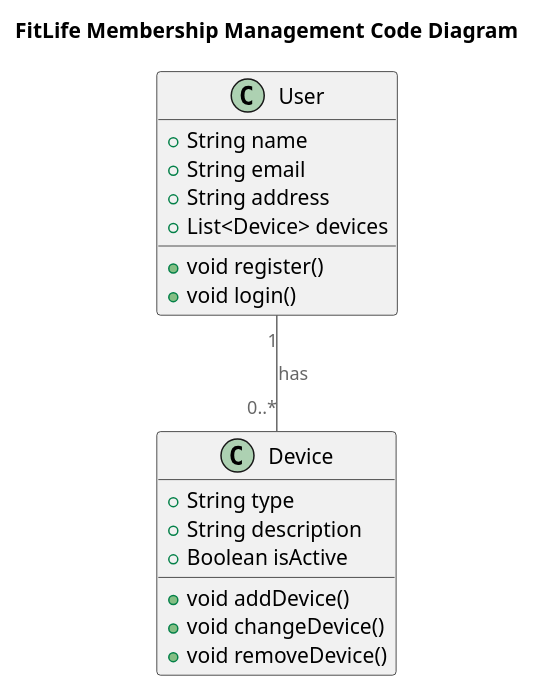
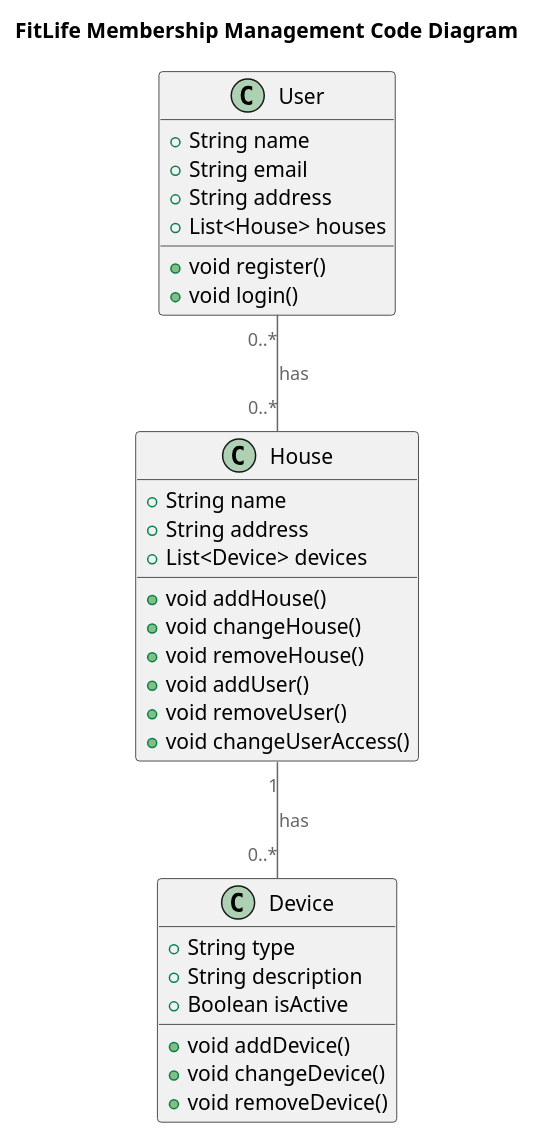
One commit to EvgeniyRybalkin/architecture-sprint-3 changed the diagram in docs/architecture/tobe/Code.puml. Above: the diagram before and after it, drawn with PlantUML. The commit also changed 4 other files, not shown here.

```diff
--- a/docs/architecture/tobe/Code.puml
+++ b/docs/architecture/tobe/Code.puml
@@ -1,29 +1,41 @@
 @startuml
 title FitLife Membership Management Code Diagram
 
 top to bottom direction
 
 !includeurl https://raw.githubusercontent.com/RicardoNiepel/C4-PlantUML/master/C4_Component.puml
 
 class User {
   +String name
   +String email
   +String address
-  +List<Device> devices
+  +List<House> houses
   +void register()
   +void login()
+}
+
+class House {
+  +String name
+  +String address
+  +List<Device> devices
+  +void addHouse()
+  +void changeHouse()
+  +void removeHouse()
+  +void addUser()
+  +void removeUser()
+  +void changeUserAccess()
 }
 
 class Device {
   +String type
   +String description
   +Boolean isActive
   +void addDevice()
   +void changeDevice()
   +void removeDevice()
 }
 
-User "1" -- "0..*" Device : has
-
+User "0..*" -- "0..*" House : has
+House "1" -- "0..*" Device : has
 
 @enduml
```
